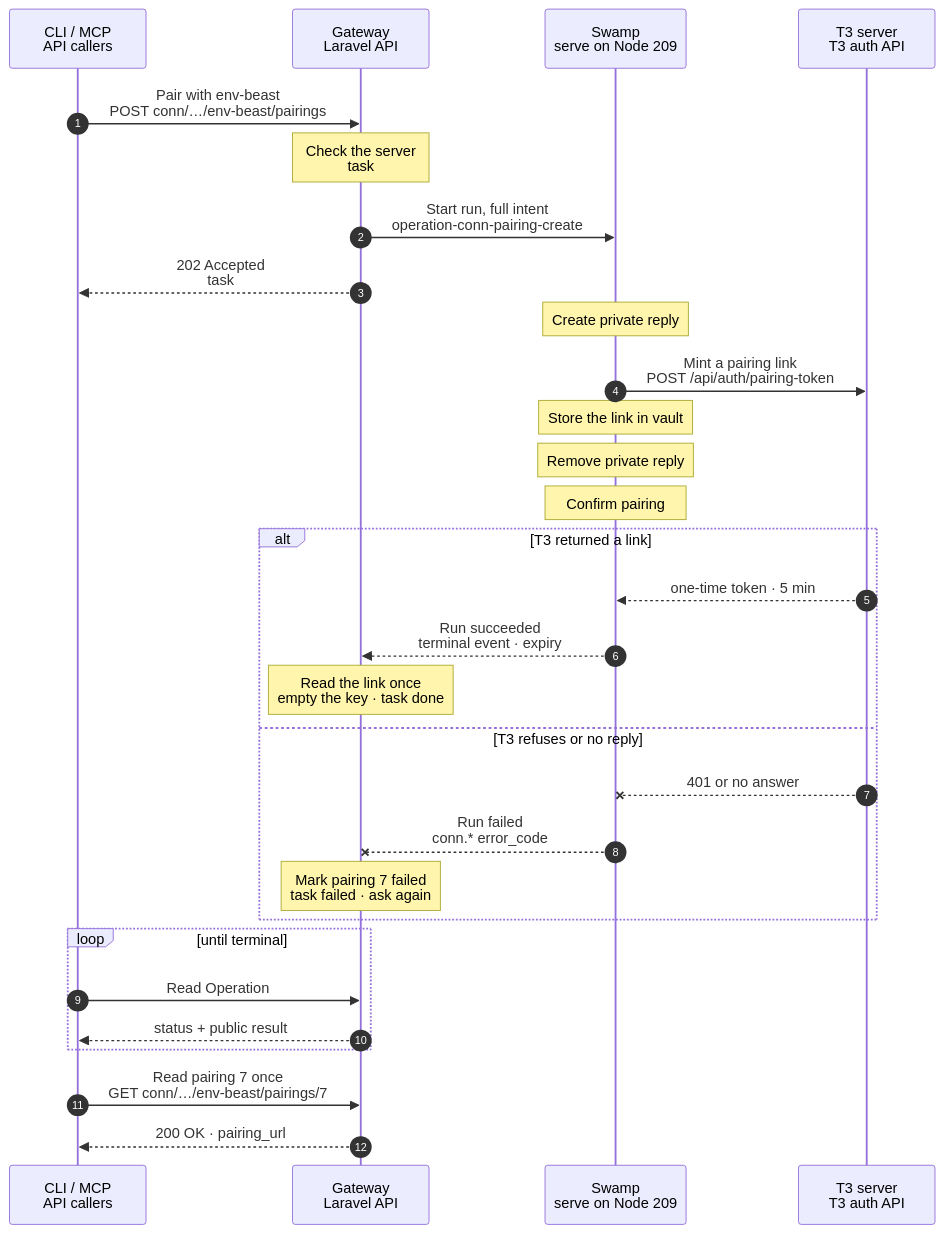
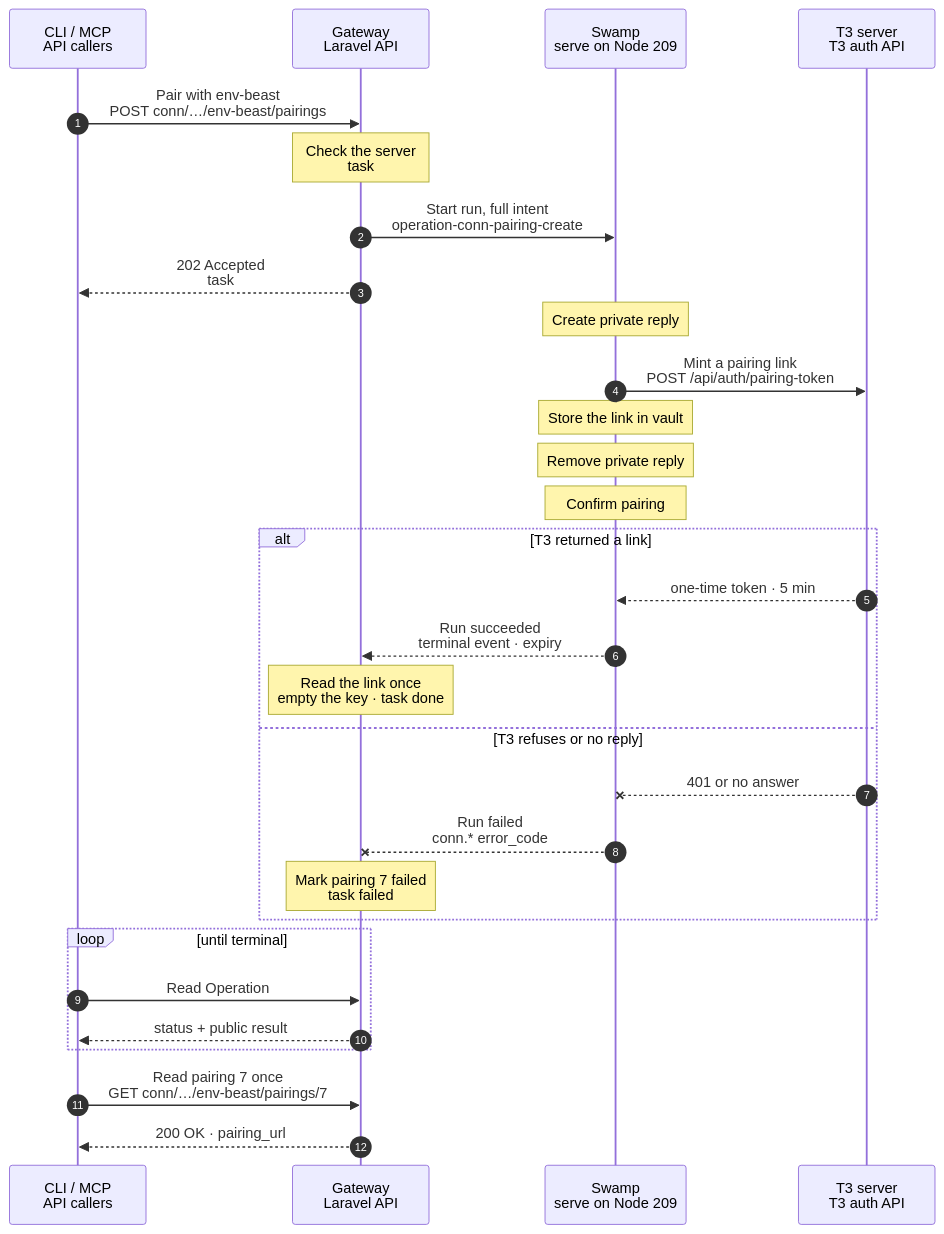
The diagram in docs/cli/conn/pairing-create.mmd (hardimpactdev/orbit), drawn with Mermaid before and after one commit. The commit also changed 7 other files, not shown here.

First line of the commit message:
fix(conn): accept T3's echoed pairing label and end answered pairings with a final code

```diff
--- a/docs/cli/conn/pairing-create.mmd
+++ b/docs/cli/conn/pairing-create.mmd
@@ -1,109 +1,112 @@
 sequenceDiagram
   %% Target design: ADR 0244 task, DECISIONS R1 (an external API call is an effect, so it is a run), R2-R4, env_import vault pattern. docs/reference/conn.md#pairing-operations.
   %% status: migrated
   %% command: none · API (conn-pairing-create)
   %% kind: conn.pairing_create
   autonumber
   %% lane CLI icon=terminal pill=caller tone=gray
   %% lane GW icon=gateway pill=intent tone=blue
   %% lane SW icon=workflow pill=executes tone=green
   %% lane T3 icon=server pill=target tone=purple
   participant CLI as CLI / MCP<br/>API callers
   participant GW as Gateway<br/>Laravel API
   participant SW as Swamp<br/>serve on Node 209
   participant T3 as T3 server<br/>T3 auth API
   CLI->>GW: Pair with env-beast<br/>POST conn/…/env-beast/pairings
   %%> Command:
   %%> - `POST /api/v1/conn/environments/env-beast/pairings`
   %%> - syntax: the MCP tool `conn-pairing-create` with `environment`
   %%> Input:
   %%> - the registered T3 server; the calling Node, such as `phone`, is who gets paired
   %%> Not included:
   %%> - there is no `orbit` command
   Note over GW: Check the server<br/>task #5170 · session to vault
   %%> Requirements:
   %%> - the `conn` extension is on; the caller is an active Node; no access grant is needed
   %%> - env-beast is registered and the Gateway's admin session there has not expired, else `conn.session_expired`
   %%> What it does:
   %%> - records pairing 7 with a unique client label, such as `phone via Orbit k3j9x0qa`
   %%> - pushes the admin session to the Swamp vault as `conn-session-5170` after commit (R3)
   %%> Why a run:
   %%> - calling T3's API is an effect; the Gateway's only execution primitives are mint and sign
   %%> Result:
   %%> - task #5170 recorded with the full intent
   GW->>SW: Start run, full intent<br/>operation-conn-pairing-create
   %%> What it does:
   %%> - starts one Swamp run on serve (Node 209); no Node is a target
   %%> Inputs:
   %%> - the T3 server URL, the client label, and the vault key names; never the session
   GW-->>CLI: 202 Accepted<br/>task #5170
   %%> What you get:
   %%> - the task number, at once
   %%> Next:
   %%> - the caller waits on the task and shows its progress; the run takes about a second
   Note over SW: Create private reply
   %%> How:
   %%> - mktemp creates a private directory for the T3 response
   SW->>T3: Mint a pairing link<br/>POST /api/auth/pairing-token
   %%> How:
   %%> - one HTTPS request from 209, with the admin session from `vault.get`
   %%> What it does:
   %%> - asks T3 for a one-time pairing token with T3's administrative scopes and the admitted client label
   Note over SW: Store the link in vault
   %%> How:
-  %%> - a typed data method reads the private response and publishes the credential as a native sensitive field
+  %%> - a typed data method reads the private response as T3's pairing result: id, credential, expiry and the echoed label; it ignores added fields
+  %%> - it publishes the credential as a native sensitive field
   %%> - its resource instance is unique to pairing 7, so concurrent pairings have different vault keys
   %%> What it does:
   %%> - writes the credential to the native key for pairing 7 and returns only public metadata and its key name
   %%> Not included:
   %%> - the link never goes into step outputs, the run's result or a log
   Note over SW: Remove private reply
   %%> How:
   %%> - declared completed or skipped dependencies clean up after failure too
   Note over SW: Confirm pairing
   %%> Check:
   %%> - the native assert requires a stored sensitive output and successful cleanup
   alt T3 returned a link
     T3-->>SW: one-time token · 5 min
     %%> Returns:
     %%> - the token and its expiry
     SW-->>GW: Run succeeded<br/>terminal event · expiry
     %%> How the Gateway learns it:
     %%> - its shared run reader sees the terminal event; Swamp never calls the Gateway
     %%> Returns:
     %%> - only public metadata: the expiry
     Note over GW: Read the link once<br/>empty the key · task done
     %%> What it does:
     %%> - reads pairing 7's native credential key once, keeps the link encrypted on pairing 7, then deletes the key with the native `vault.delete` frame
     %%> Result:
     %%> - pairing 7 gets its issued and expiry times; task #5170 succeeds
   else T3 refuses or no reply
     T3--xSW: 401 or no answer
     %%> When:
-    %%> - T3 refuses the admin session, cannot be reached, or answers with invalid data
+    %%> - T3 refuses the admin session, refuses the call, answers with invalid data, or cannot be reached
     SW--xGW: Run failed<br/>conn.* error_code
     %%> The Gateway reads:
-    %%> - the failed step and its safe error code, such as `conn.session_rejected`
-    Note over GW: Mark pairing 7 failed<br/>task failed · ask again
+    %%> - the failed step's code: `conn.session_rejected` (401), `conn.request_refused` (another status), `conn.response_invalid` (2xx without T3's shape)
+    %%> - any other failure, such as no answer, is `conn.pairing_outcome_unknown`
+    Note over GW: Mark pairing 7 failed<br/>task failed
     %%> Result:
     %%> - pairing 7 is marked failed; task #5170 fails
     %%> On the T3 server:
-    %%> - a link minted before a lost reply stays unused and expires within minutes; that is harmless
+    %%> - a link minted before a lost or invalid reply stays unused and expires within minutes; that is harmless
     %%> Retry:
-    %%> - ask again; it is a new task with a new label
+    %%> - T3's answer is final: do not retry `session_rejected`, `request_refused` or `response_invalid` until the cause is fixed
+    %%> - after `pairing_outcome_unknown`, ask again; it is a new task with a new label
   end
   loop until terminal
     CLI->>GW: Read Operation #5170<br/>GET conn/operations/5170
     %%> What it does:
     %%> - the requester polls `GET /api/v1/conn/operations/5170` for status and public results
     GW-->>CLI: status + public result
     %%> Returns:
     %%> - status and public pairing metadata; never the pairing URL
   end
   CLI->>GW: Read pairing 7 once<br/>GET conn/…/env-beast/pairings/7
   %%> What it does:
   %%> - after success, the caller reads `GET /api/v1/conn/environments/env-beast/pairings/7`
   GW-->>CLI: 200 OK · pairing_url
   %%> Returns:
   %%> - the owner-checked read returns the URL once and clears its encrypted credential
   %%> - a second read, an expired pairing or a read before completion returns 409
```
